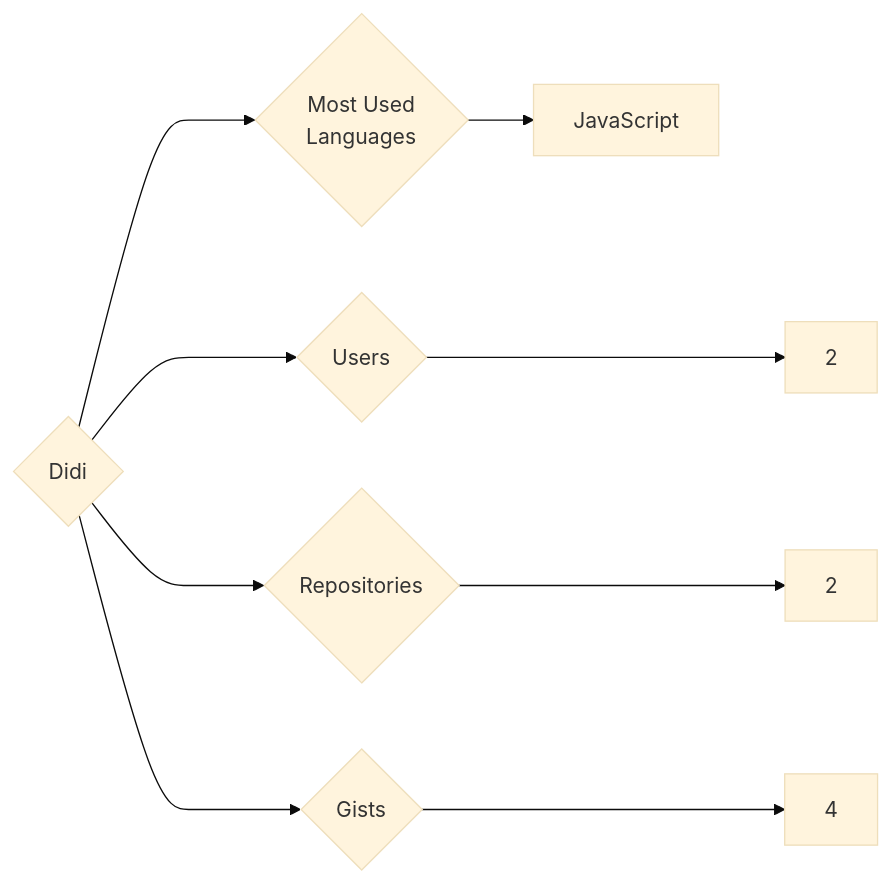
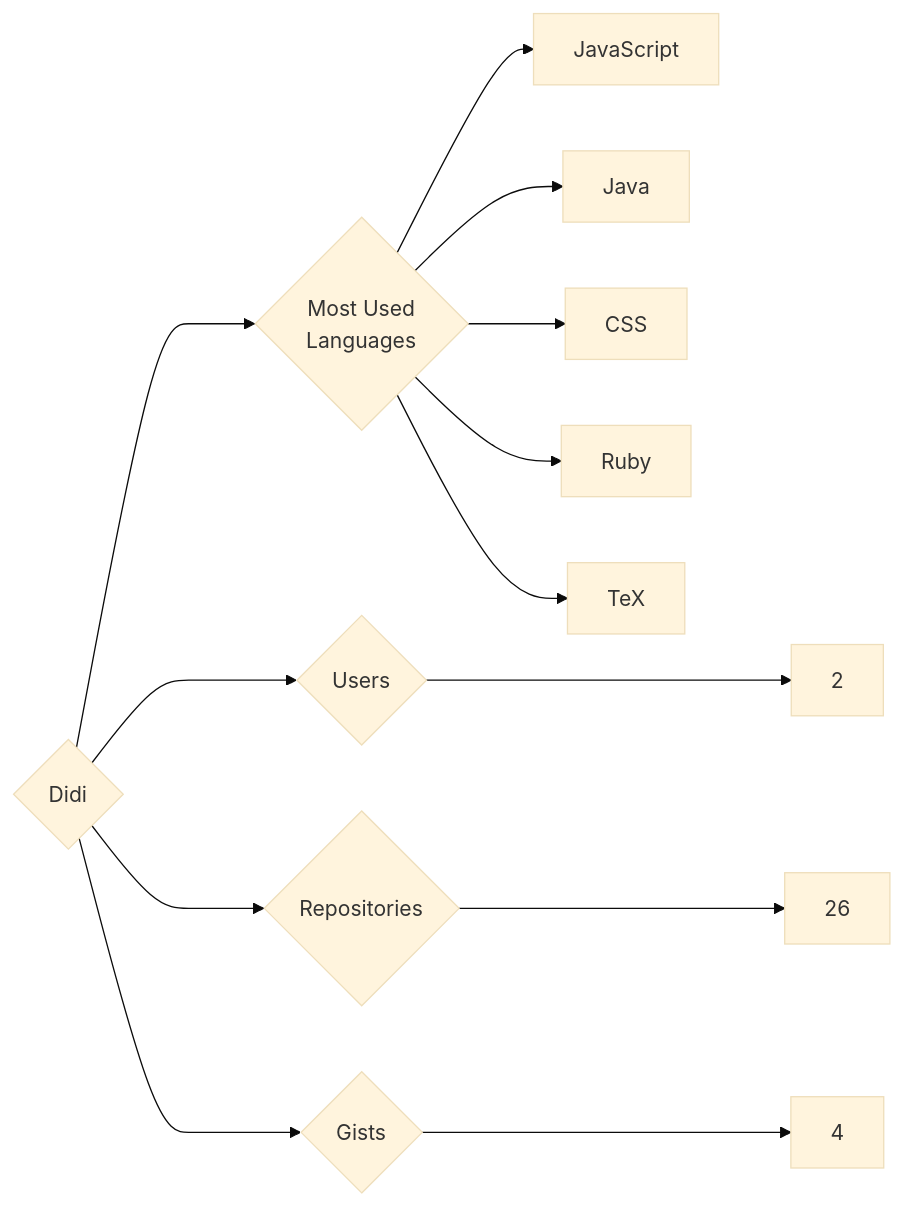
The diagram in targets/Didi/README.md (trickest/insiders), drawn with Mermaid (base theme) before and after one commit. The commit also changed 724 other files, not shown here.

````diff
--- a/targets/Didi/README.md
+++ b/targets/Didi/README.md
@@ -3,9 +3,13 @@
 ```mermaid
 graph LR
 COMPANY_NAME{Didi}
 COMPANY_NAME ---> U{Users} ---> UN[2]
-COMPANY_NAME ---> R{Repositories} ---> RN[2]
+COMPANY_NAME ---> R{Repositories} ---> RN[26]
 COMPANY_NAME ---> G{Gists} ---> GN[4]
 COMPANY_NAME ---> ML{Most Used<br>Languages}
 ML --> JavaScript[JavaScript]
+ML --> Java[Java]
+ML --> CSS[CSS]
+ML --> Ruby[Ruby]
+ML --> TeX[TeX]
 ```
````
